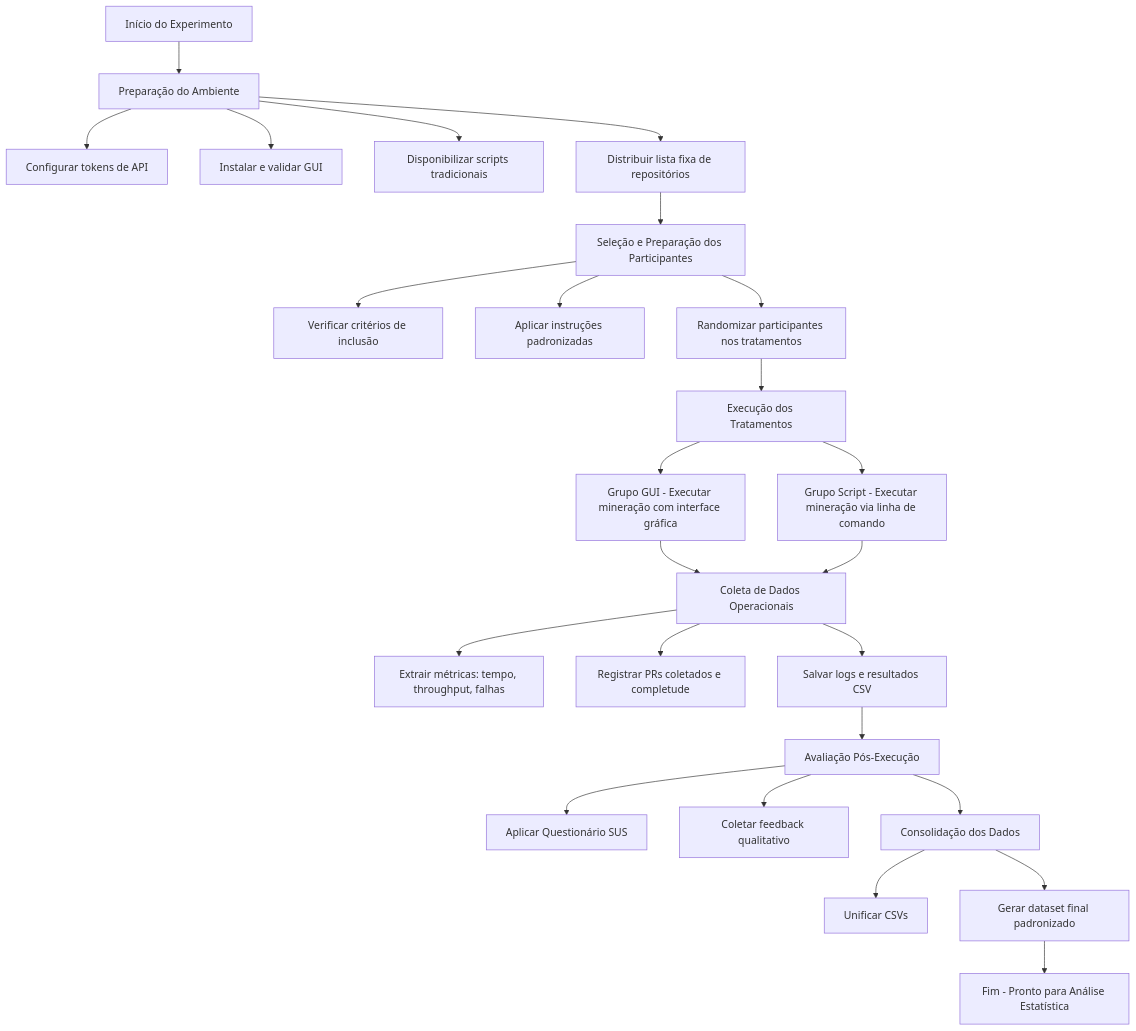
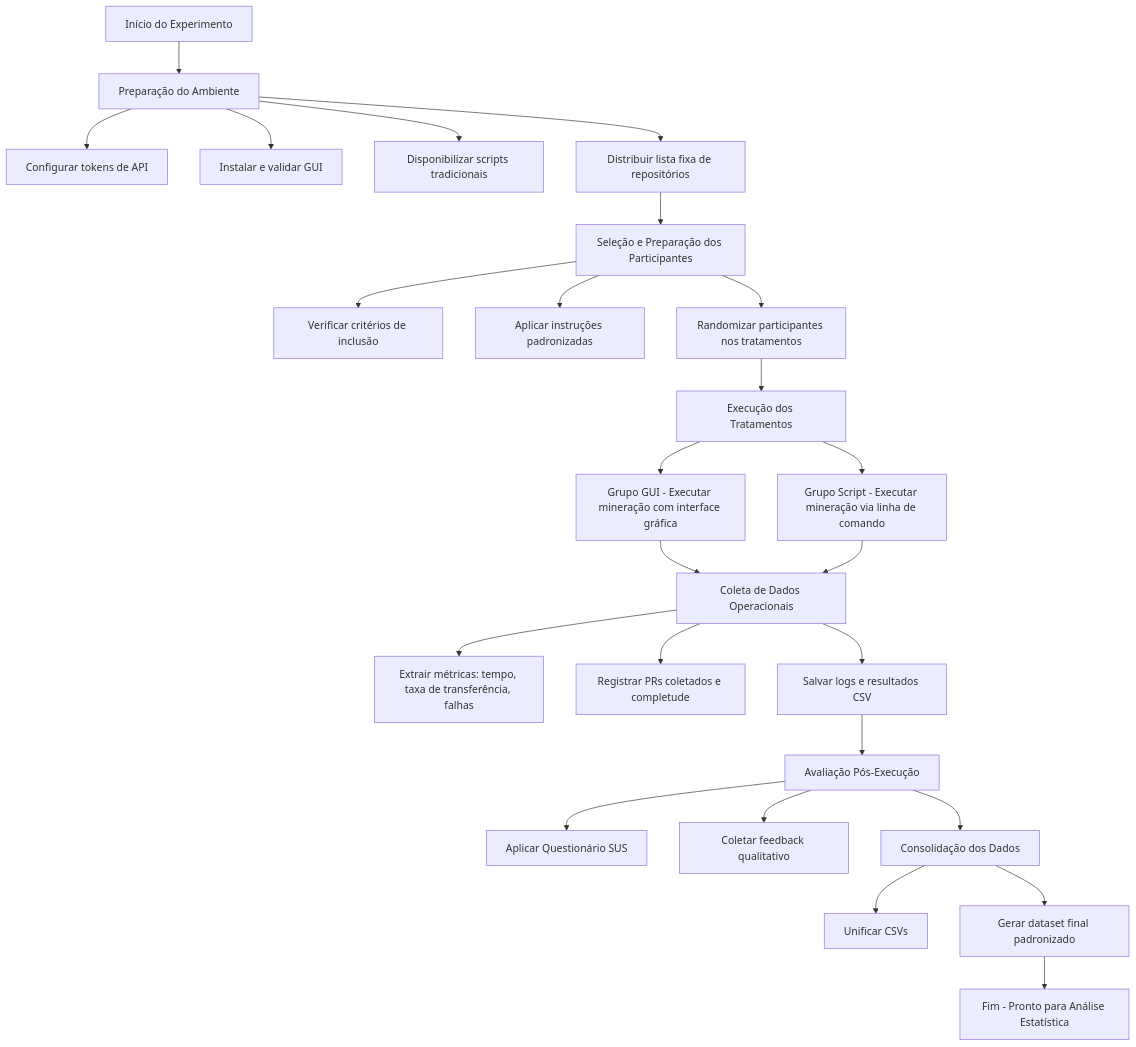
One commit to LucasRandazzo/Proposta-de-Experimento-para-TCC changed the diagram in README.md. Above: the diagram before and after it, drawn with Mermaid. The commit also changed other lines of this file, not shown here.

````diff
--- a/README.md
+++ b/README.md
@@ -603,35 +603,35 @@
 ```mermaid
 flowchart TD
 
     A[Início do Experimento] --> B[Preparação do Ambiente]
     B --> B1[Configurar tokens de API]
     B --> B2[Instalar e validar GUI]
     B --> B3[Disponibilizar scripts tradicionais]
     B --> B4[Distribuir lista fixa de repositórios]
 
     B4 --> C[Seleção e Preparação dos Participantes]
     C --> C1[Verificar critérios de inclusão]
     C --> C2[Aplicar instruções padronizadas]
     C --> C3[Randomizar participantes nos tratamentos]
 
     C3 --> D[Execução dos Tratamentos]
     D --> D1[Grupo GUI - Executar mineração com interface gráfica]
     D --> D2[Grupo Script - Executar mineração via linha de comando]
 
     D1 --> E[Coleta de Dados Operacionais]
     D2 --> E
 
-    E --> E1[Extrair métricas: tempo, throughput, falhas]
+    E --> E1[Extrair métricas: tempo, taxa de transferência, falhas]
     E --> E2[Registrar PRs coletados e completude]
     E --> E3[Salvar logs e resultados CSV]
 
     E3 --> F[Avaliação Pós-Execução]
     F --> F1[Aplicar Questionário SUS]
     F --> F2[Coletar feedback qualitativo]
 
     F --> G[Consolidação dos Dados]
     G --> G1[Unificar CSVs]
     G --> G2[Gerar dataset final padronizado]
 
     G2 --> H[Fim - Pronto para Análise Estatística]
 ```
````
